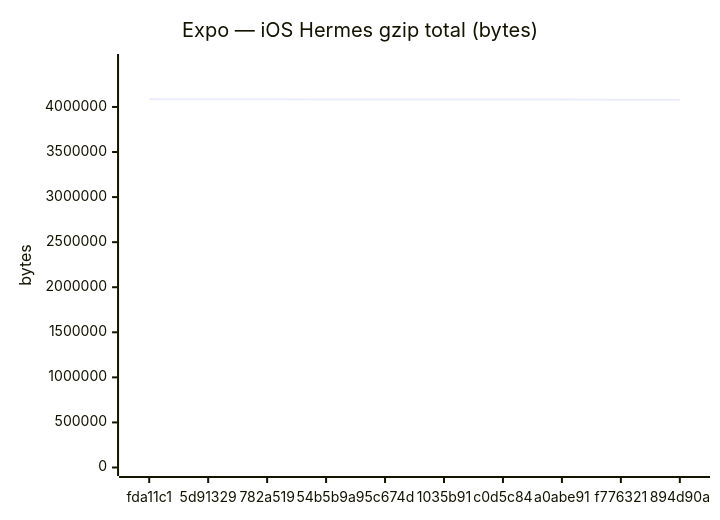
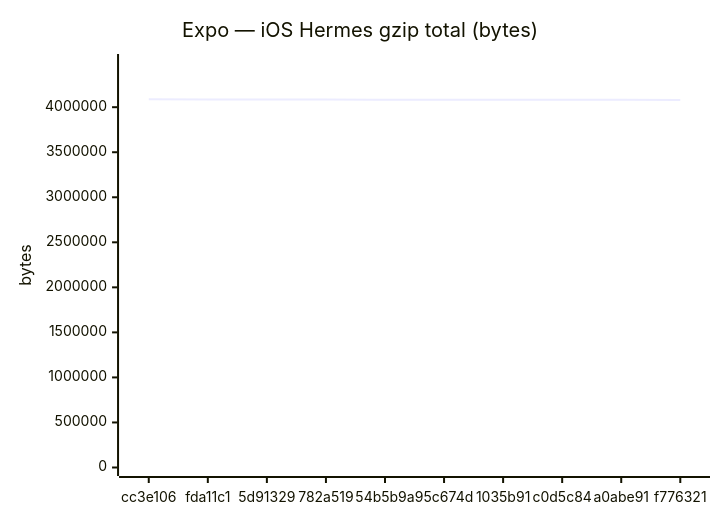
Before and after one commit to Metaheurist/Rianell: the sixth of 18 diagrams in benchmarks/compare.md, drawn with Mermaid. The commit also changed other lines of this file and 11 other files, not shown here.

````diff
--- a/benchmarks/compare.md
+++ b/benchmarks/compare.md
@@ -96,7 +96,7 @@
 ```mermaid
 xychart-beta
     title "Expo — iOS Hermes gzip total (bytes)"
-    x-axis ["fda11c1", "5d91329", "782a519", "54b5b9a", "95c674d", "1035b91", "c0d5c84", "a0abe91", "f776321", "894d90a"]
-    y-axis "bytes" 0 --> 4493294
-    line [4084812, 4084805, 4084677, 4082348, 4083105, 4083108, 4083106, 4083107, 4079675, 4079243]
+    x-axis ["cc3e106", "fda11c1", "5d91329", "782a519", "54b5b9a", "95c674d", "1035b91", "c0d5c84", "a0abe91", "f776321"]
+    y-axis "bytes" 0 --> 4496154
+    line [4087412, 4084812, 4084805, 4084677, 4082348, 4083105, 4083108, 4083106, 4083107, 4079675]
 ```
````
